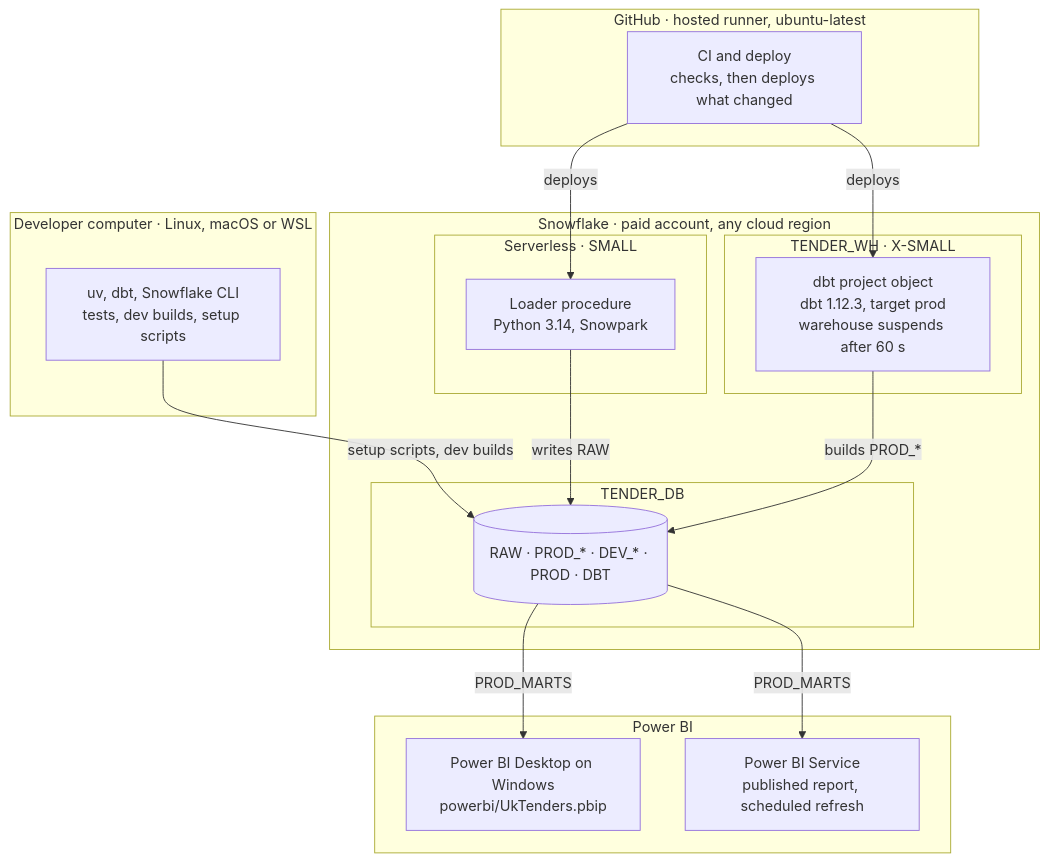
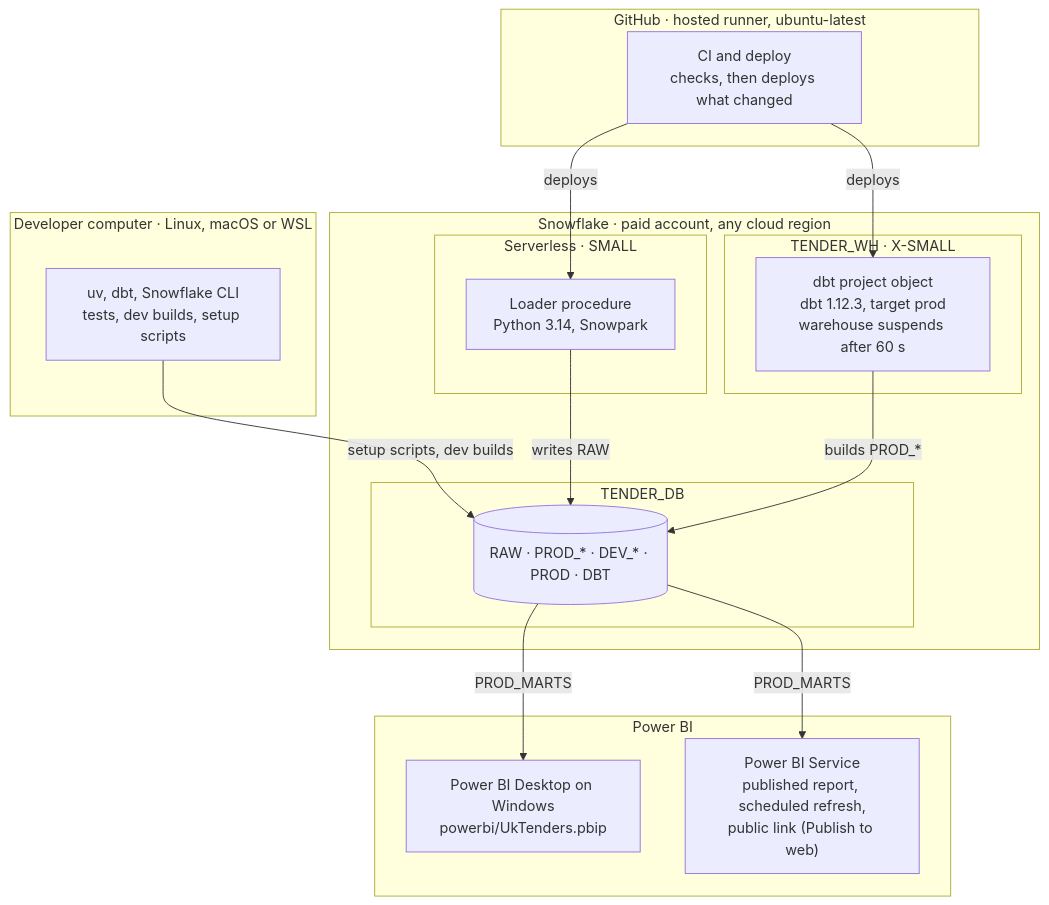
The fourth of 4 diagrams in docs/diagrams/c4.md (jacekjastrzebski/uk-tenders-dbt-snowflake), drawn with Mermaid before and after one commit. The commit also changed other lines of this file and 2 other files, not shown here.

Commit message:
Bring the diagrams in line with the live report
- Show the Home page and the public link in the C4 diagram
- Mark the Power BI refresh times as set up, not suggested
- Call the report's load time "Last refreshed", as the report does

````diff
--- a/docs/diagrams/c4.md
+++ b/docs/diagrams/c4.md
@@ -116,32 +116,32 @@
 ```mermaid
 flowchart TB
     subgraph laptop["Developer computer · Linux, macOS or WSL"]
         tools["uv, dbt, Snowflake CLI<br/>tests, dev builds, setup scripts"]
     end
     subgraph gh["GitHub · hosted runner, ubuntu-latest"]
         ci["CI and deploy<br/>checks, then deploys what changed"]
     end
     subgraph sf["Snowflake · paid account, any cloud region"]
         subgraph serverless["Serverless · SMALL"]
             proc["Loader procedure<br/>Python 3.14, Snowpark"]
         end
         subgraph wh["TENDER_WH · X-SMALL"]
             dbtprod["dbt project object<br/>dbt 1.12.3, target prod<br/>warehouse suspends after 60 s"]
         end
         subgraph db["TENDER_DB"]
             schemas[("RAW · PROD_* · DEV_* · PROD · DBT")]
         end
     end
     subgraph pbi["Power BI"]
         desktop["Power BI Desktop on Windows<br/>powerbi/UkTenders.pbip"]
-        published["Power BI Service<br/>published report, scheduled refresh"]
+        published["Power BI Service<br/>published report, scheduled refresh,<br/>public link (Publish to web)"]
     end
 
     ci -->|deploys| proc
     ci -->|deploys| dbtprod
     tools -->|"setup scripts, dev builds"| schemas
     proc -->|writes RAW| schemas
     dbtprod -->|builds PROD_*| schemas
     schemas -->|PROD_MARTS| desktop
     schemas -->|PROD_MARTS| published
 ```
````
